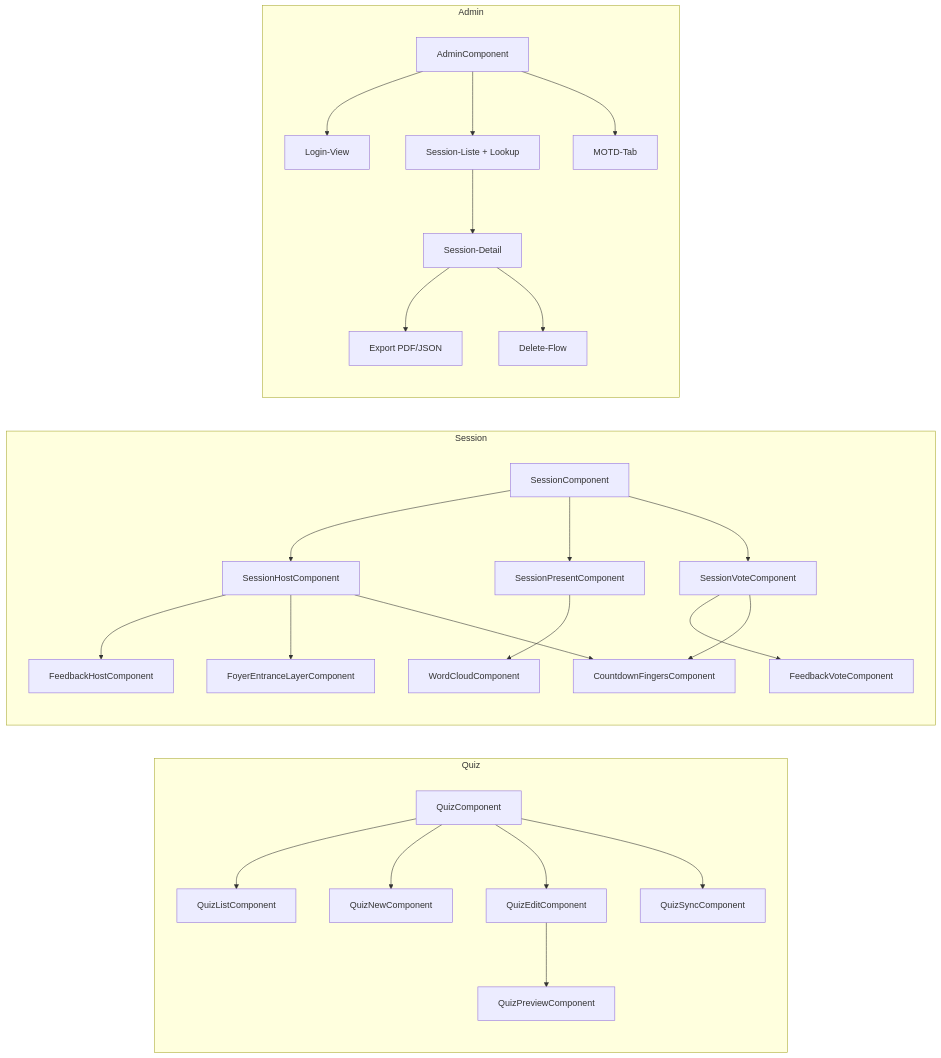
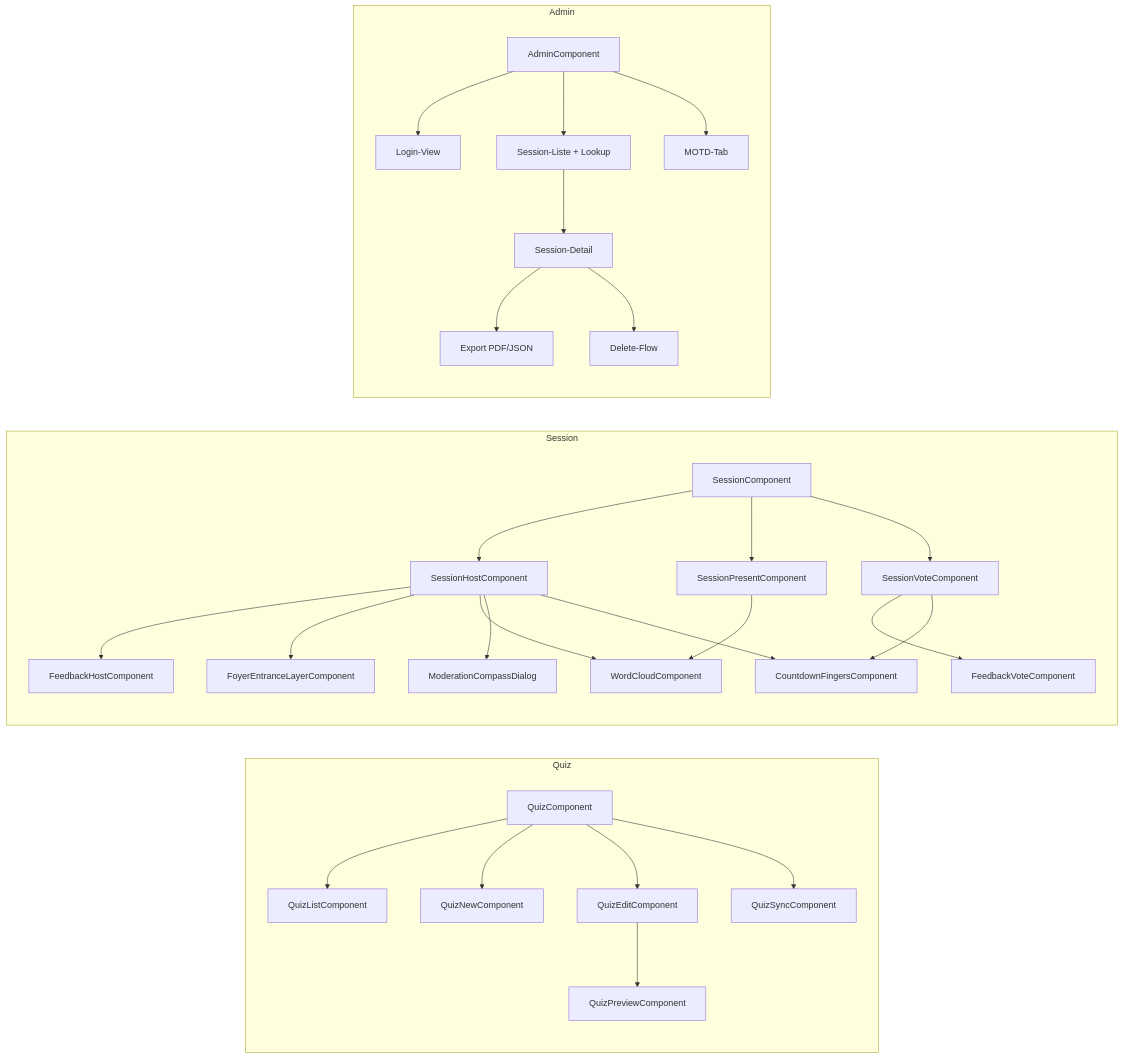
One commit to kqc-real/arsnova.eu changed the seventh of 14 diagrams in docs/diagrams/architecture-overview.md. Above: the diagram before and after it, drawn with Mermaid. The commit also changed other lines of this file and 22 other files, not shown here.

First line of the commit message:
docs(1.14-8.9): Diagramme und Feature-Doku auf den aktuellen Stand bringen (#302)

````diff
--- a/docs/diagrams/architecture-overview.md
+++ b/docs/diagrams/architecture-overview.md
@@ -278,54 +300,57 @@
 ```mermaid
 %%{init: {'flowchart': {'curve': 'basis', 'nodeSpacing': 60, 'rankSpacing': 90, 'padding': 18}}}%%
 graph LR
     subgraph "Quiz"
         QSHELL[QuizComponent]
         QLIST[QuizListComponent]
         QNEW[QuizNewComponent]
         QEDIT[QuizEditComponent]
         PREVIEW[QuizPreviewComponent]
         QSYNC[QuizSyncComponent]
         QSHELL --> QLIST
         QSHELL --> QNEW
         QSHELL --> QEDIT
         QEDIT --> PREVIEW
         QSHELL --> QSYNC
     end
 
     subgraph "Session"
         SROOT[SessionComponent]
         SHOST[SessionHostComponent]
         SPRESENT[SessionPresentComponent]
         SVOTE[SessionVoteComponent]
         FBHOST[FeedbackHostComponent]
         FBVOTE[FeedbackVoteComponent]
         WCLOUD[WordCloudComponent]
+        COMPASS[ModerationCompassDialog]
         FOYER[FoyerEntranceLayerComponent]
         COUNTDOWN[CountdownFingersComponent]
         SROOT --> SHOST
         SROOT --> SPRESENT
         SROOT --> SVOTE
         SHOST --> FBHOST
         SVOTE --> FBVOTE
         SHOST --> FOYER
+        SHOST --> WCLOUD
+        SHOST --> COMPASS
         SPRESENT --> WCLOUD
         SHOST --> COUNTDOWN
         SVOTE --> COUNTDOWN
     end
 
     subgraph "Admin"
         AROOT[AdminComponent]
         ALOGIN[Login-View]
         ALIST[Session-Liste + Lookup]
         ADETAIL[Session-Detail]
         AEXPORT[Export PDF/JSON]
         ADELETE[Delete-Flow]
         AMOTD[MOTD-Tab]
         AROOT --> ALOGIN
         AROOT --> ALIST
         ALIST --> ADETAIL
         ADETAIL --> AEXPORT
         ADETAIL --> ADELETE
         AROOT --> AMOTD
     end
 ```
````
